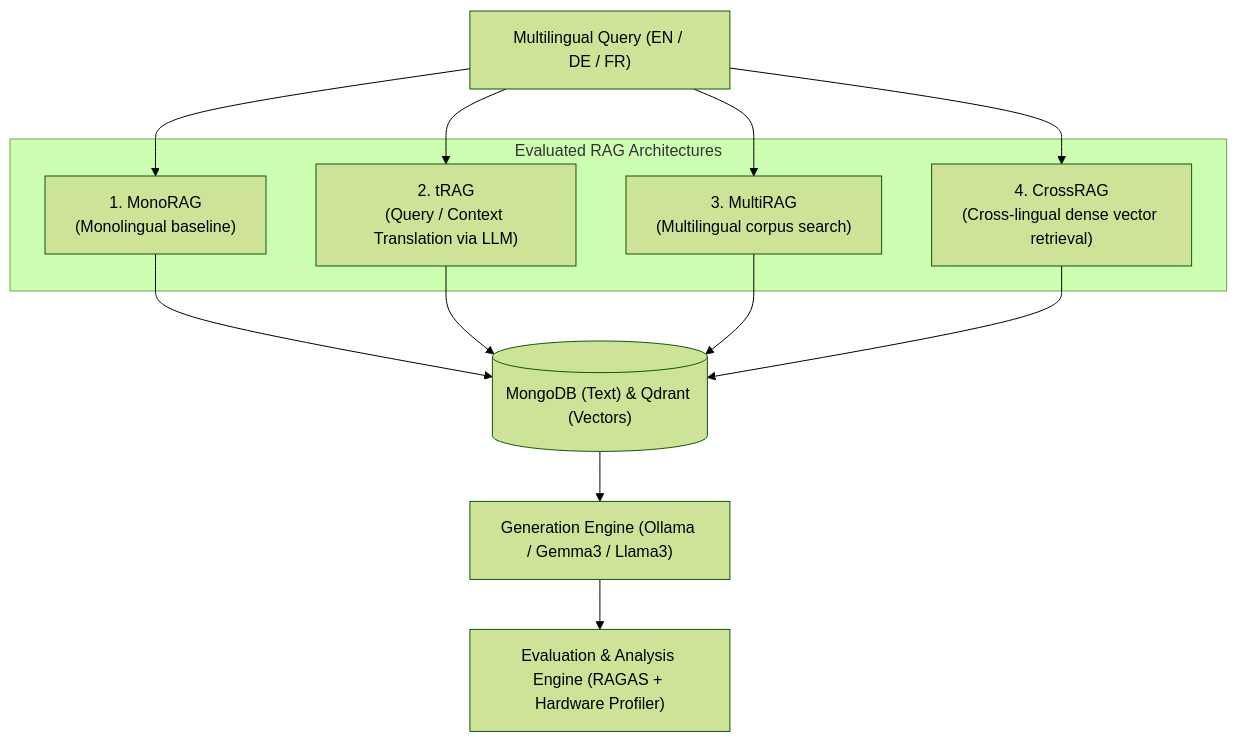
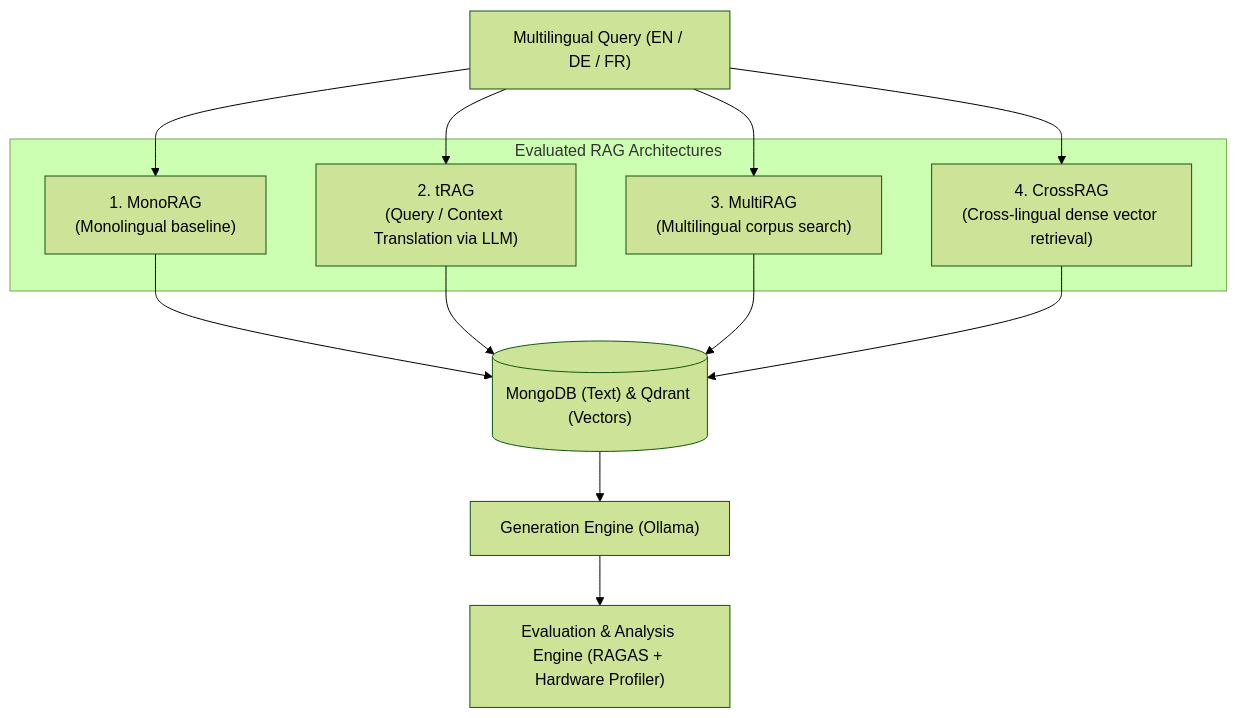
One commit to Clintbr/Crosslingual-RAG changed the diagram in README.md. Above: the diagram before and after it, drawn with Mermaid (forest theme). The commit also changed other lines of this file, not shown here.

Commit message:
feat: update README.md for the project

````diff
--- a/README.md
+++ b/README.md
@@ -11,24 +11,24 @@
 ```mermaid
 graph TD
     UserQuery["Multilingual Query (EN / DE / FR)"]
     
     subgraph "Evaluated RAG Architectures"
         Mono["1. MonoRAG<br/>(Monolingual baseline)"]
         TRAG["2. tRAG<br/>(Query / Context Translation via LLM)"]
         Multi["3. MultiRAG<br/>(Multilingual corpus search)"]
         Cross["4. CrossRAG<br/>(Cross-lingual dense vector retrieval)"]
     end
 
     UserQuery --> Mono
     UserQuery --> TRAG
     UserQuery --> Multi
     UserQuery --> Cross
 
     Mono --> DB[("MongoDB (Text) & Qdrant (Vectors)")]
     TRAG --> DB
     Multi --> DB
     Cross --> DB
 
-    DB --> Gen["Generation Engine (Ollama / Gemma3 / Llama3)"]
+    DB --> Gen["Generation Engine (Ollama)"]
     Gen --> Eval["Evaluation & Analysis Engine (RAGAS + Hardware Profiler)"]
 ```
````
